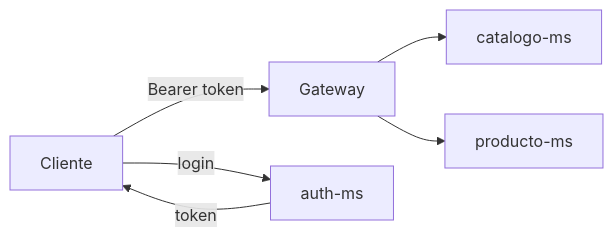
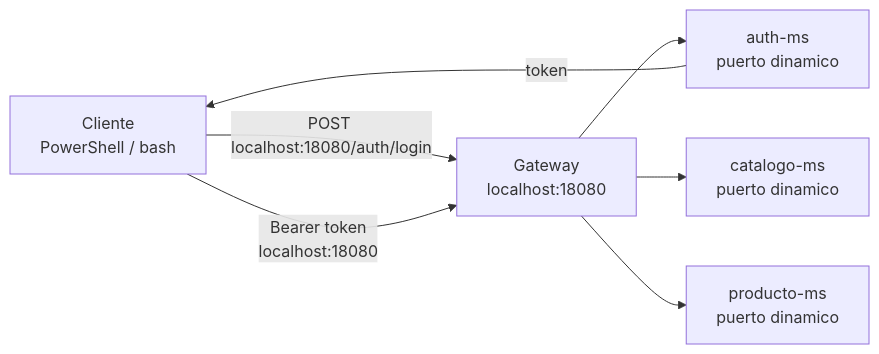
Before and after one commit to 261dist/ecom: the first of 2 diagrams in docs/sesiones/s07-seguridad-jwt.md, drawn with Mermaid. The commit also changed other lines of this file and 11 other files, not shown here.

````diff
--- a/docs/sesiones/s07-seguridad-jwt.md
+++ b/docs/sesiones/s07-seguridad-jwt.md
@@ -44,14 +46,15 @@
 ```mermaid
 flowchart LR
-    Cliente["Cliente"]
-    Gateway["Gateway"]
-    Auth["auth-ms"]
-    Catalogo["catalogo-ms"]
-    Producto["producto-ms"]
+    Cliente["Cliente<br/>PowerShell / bash"]
+    Gateway["Gateway<br/>localhost:18080"]
+    Auth["auth-ms<br/>puerto dinamico"]
+    Catalogo["catalogo-ms<br/>puerto dinamico"]
+    Producto["producto-ms<br/>puerto dinamico"]
 
-    Cliente -->|"login"| Auth
+    Cliente -->|"POST localhost:18080/auth/login"| Gateway
+    Gateway --> Auth
     Auth -->|"token"| Cliente
-    Cliente -->|"Bearer token"| Gateway
+    Cliente -->|"Bearer token<br/>localhost:18080"| Gateway
     Gateway --> Catalogo
     Gateway --> Producto
 ```
````
